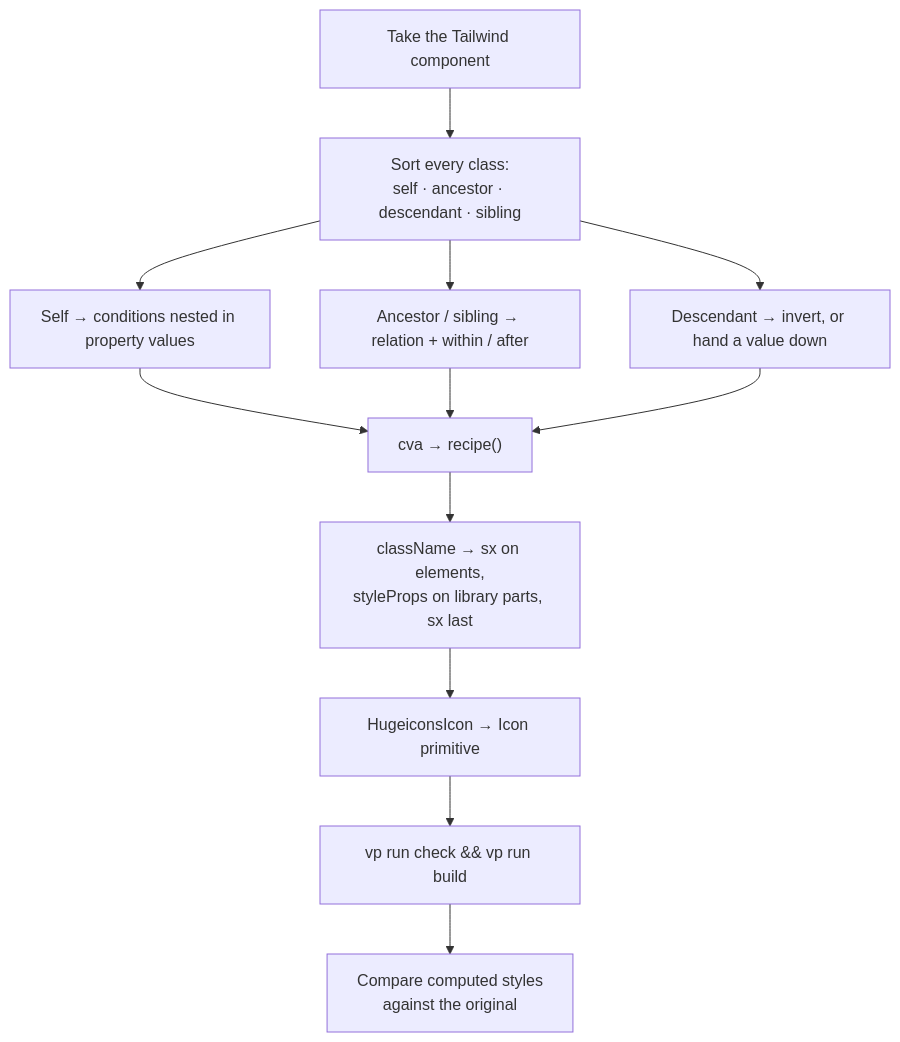
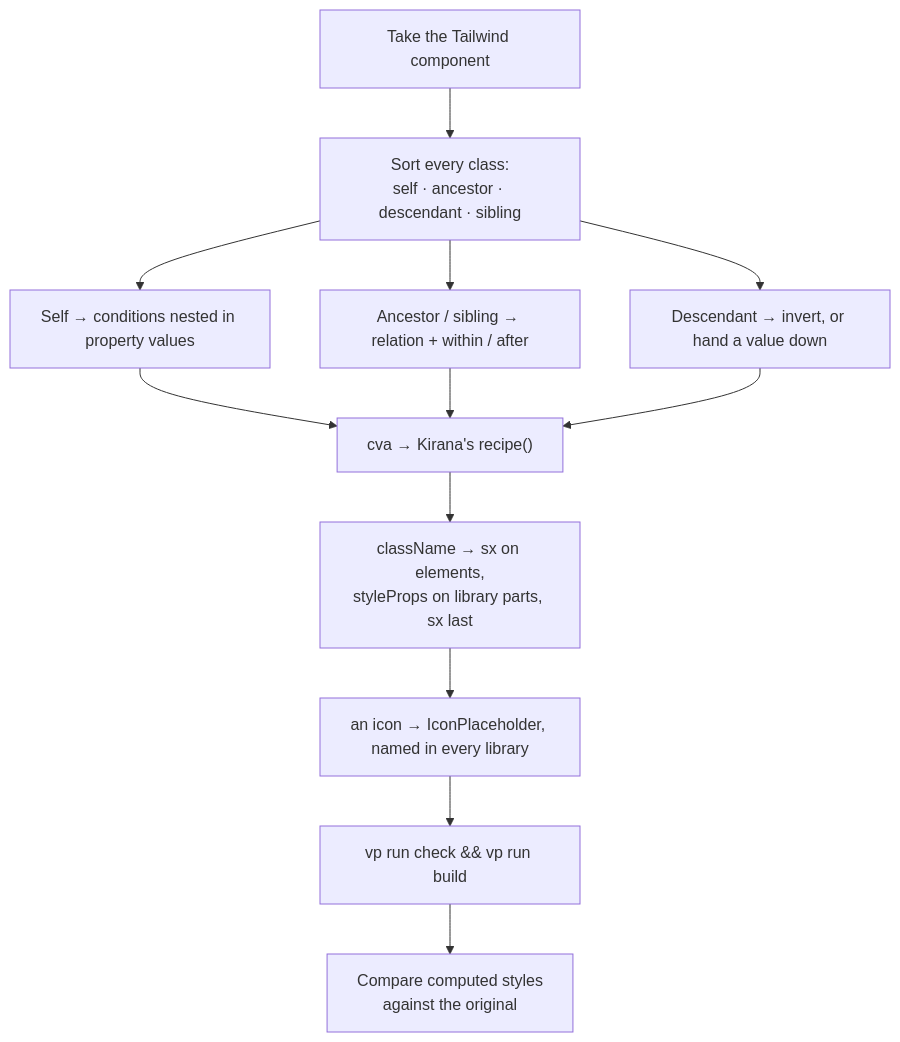
One commit to kirana-style/kirana-ui changed the third of 3 diagrams in docs/porting-from-tailwind.md. Above: the diagram before and after it, drawn with Mermaid. The commit also changed other lines of this file and 677 other files, not shown here.

````diff
--- a/docs/porting-from-tailwind.md
+++ b/docs/porting-from-tailwind.md
@@ -344,12 +344,12 @@
 ```mermaid
 flowchart TD
     S["Take the Tailwind component"] --> A["Sort every class:<br/>self · ancestor · descendant · sibling"]
     A --> B["Self → conditions nested in property values"]
     A --> C["Ancestor / sibling → relation + within / after"]
     A --> D["Descendant → invert, or hand a value down"]
-    B & C & D --> E["cva → recipe()"]
+    B & C & D --> E["cva → Kirana's recipe()"]
     E --> F["className → sx on elements,<br/>styleProps on library parts, sx last"]
-    F --> G["HugeiconsIcon → Icon primitive"]
+    F --> G["an icon → IconPlaceholder, named in every library"]
     G --> H["vp run check && vp run build"]
     H --> I["Compare computed styles<br/>against the original"]
 ```
````
